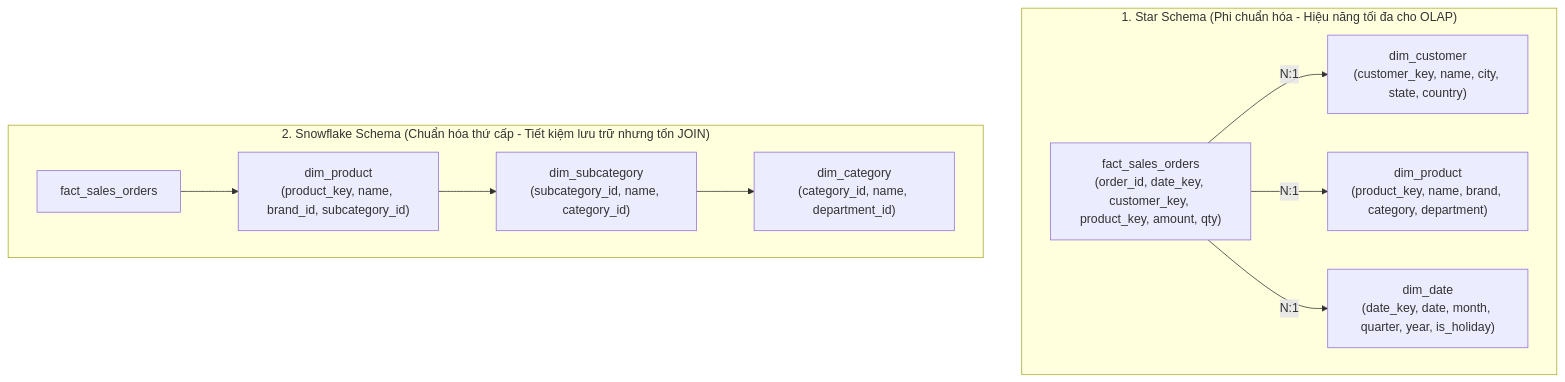
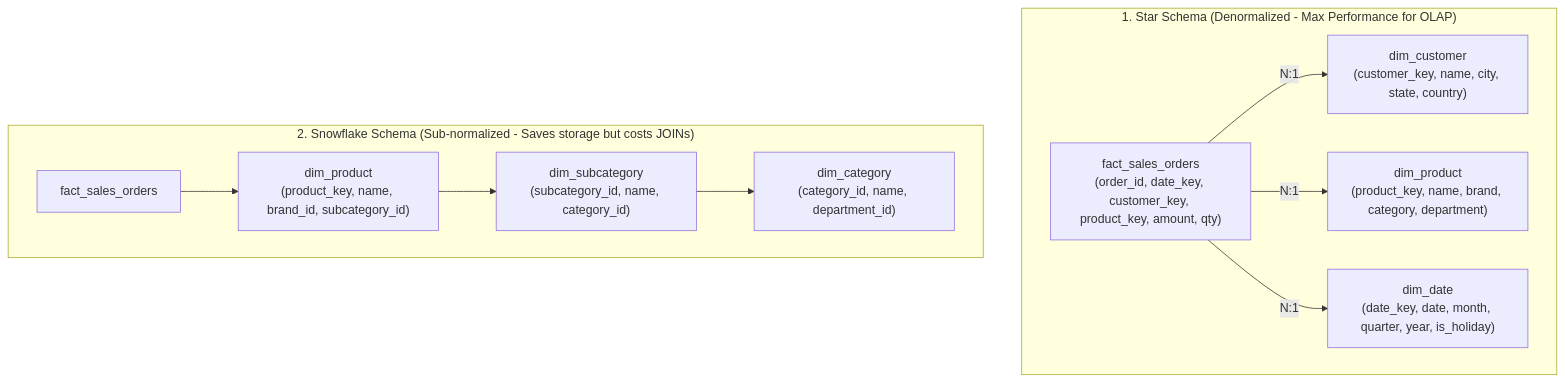
Before and after one commit to ga2631/ga2631.github.io: the first of 2 diagrams in src/data/blog/en/57-2026-07-28-mastering-data-warehouse-modeling-kimball-star-snowflake-data-vault.md, drawn with Mermaid. The commit also changed other lines of this file and 74 other files, not shown here.

````diff
--- a/src/data/blog/en/57-2026-07-28-mastering-data-warehouse-modeling-kimball-star-snowflake-data-vault.md
+++ b/src/data/blog/en/57-2026-07-28-mastering-data-warehouse-modeling-kimball-star-snowflake-data-vault.md
@@ -103,24 +102,24 @@
 ```mermaid
 flowchart TD
-    subgraph StarSchema ["1. Star Schema (Phi chuẩn hóa - Hiệu năng tối đa cho OLAP)"]
+    subgraph StarSchema ["1. Star Schema (Denormalized - Max Performance for OLAP)"]
         FactSales["fact_sales_orders<br/>(order_id, date_key, customer_key, product_key, amount, qty)"]
         DimCustStar["dim_customer<br/>(customer_key, name, city, state, country)"]
         DimProdStar["dim_product<br/>(product_key, name, brand, category, department)"]
         DimDateStar["dim_date<br/>(date_key, date, month, quarter, year, is_holiday)"]
 
         FactSales -->|"N:1"| DimCustStar
         FactSales -->|"N:1"| DimProdStar
         FactSales -->|"N:1"| DimDateStar
     end
 
-    subgraph SnowflakeSchema ["2. Snowflake Schema (Chuẩn hóa thứ cấp - Tiết kiệm lưu trữ nhưng tốn JOIN)"]
+    subgraph SnowflakeSchema ["2. Snowflake Schema (Sub-normalized - Saves storage but costs JOINs)"]
         FactSales2["fact_sales_orders"]
         DimProdSnow["dim_product<br/>(product_key, name, brand_id, subcategory_id)"]
         DimSubcat["dim_subcategory<br/>(subcategory_id, name, category_id)"]
         DimCat["dim_category<br/>(category_id, name, department_id)"]
 
         FactSales2 --> DimProdSnow
         DimProdSnow --> DimSubcat
         DimSubcat --> DimCat
     end
 ```
````
